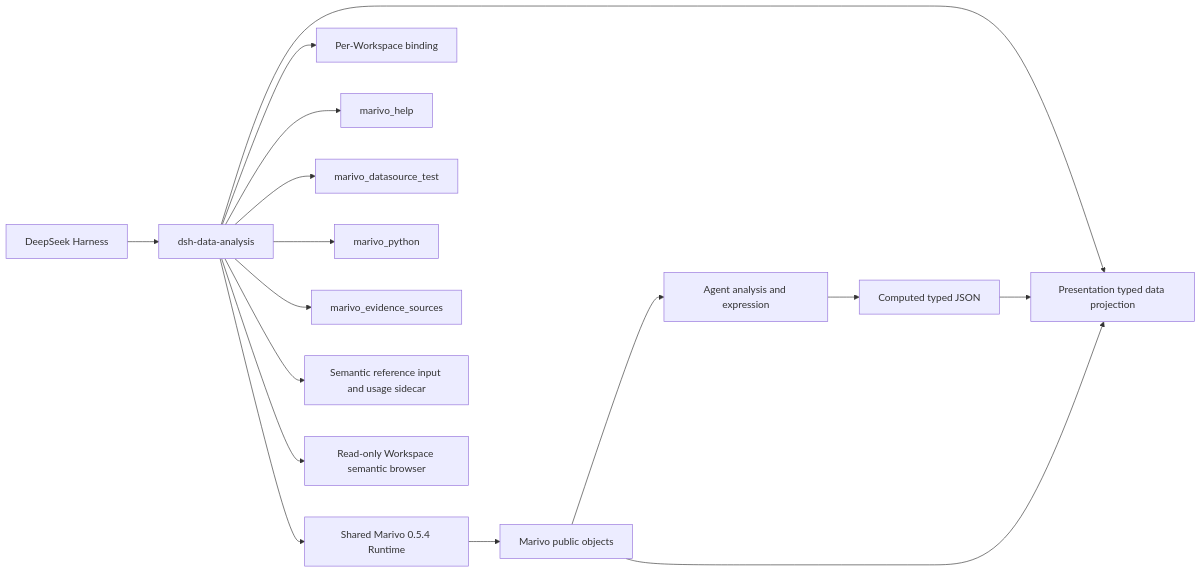
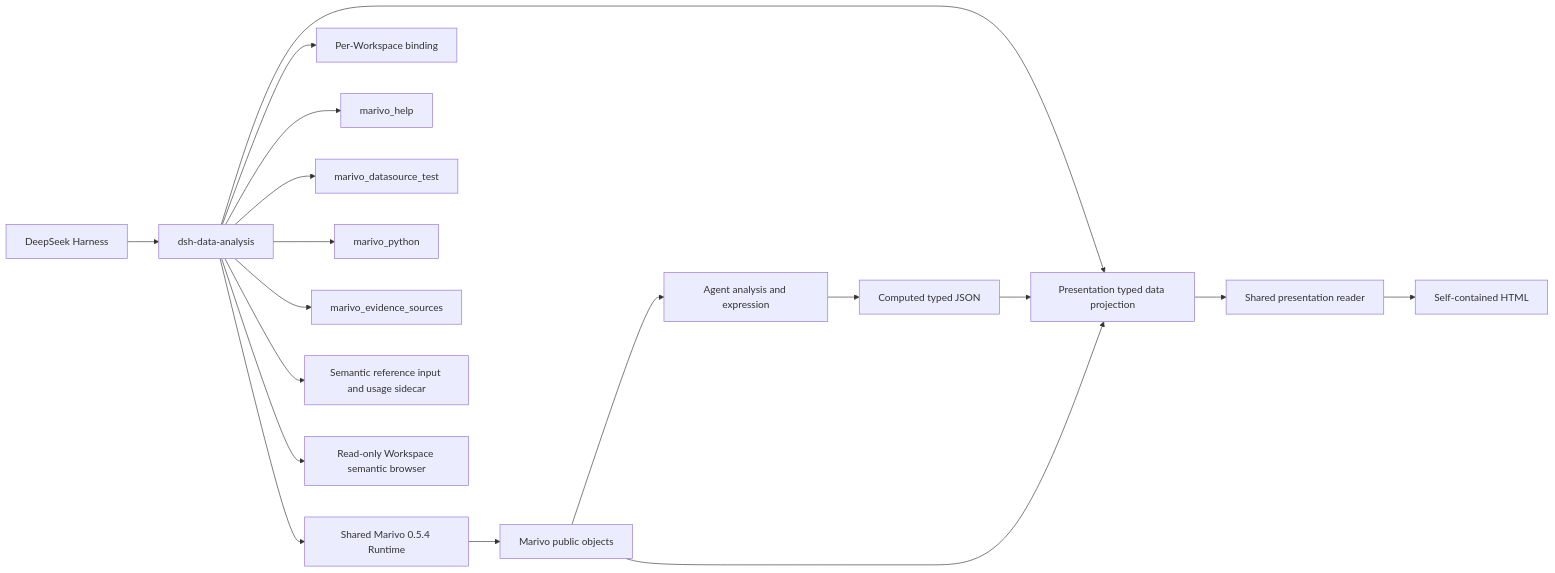
Before and after one commit to chengxianglibra/dsh-data-analysis: the diagram in docs/architecture.md, drawn with Mermaid. The commit also changed other lines of this file and 32 other files, not shown here.

First line of the commit message:
feat: implement S3 shared presentation reader and offline HTML

````diff
--- a/docs/architecture.md
+++ b/docs/architecture.md
@@ -13,18 +14,20 @@
 ```mermaid
 flowchart LR
   D[DeepSeek Harness] --> P[dsh-data-analysis]
   P --> R[Shared Marivo 0.5.4 Runtime]
   P --> W[Per-Workspace binding]
   P --> H[marivo_help]
   P --> T[marivo_datasource_test]
   P --> Y[marivo_python]
   P --> E[marivo_evidence_sources]
   P --> S[Semantic reference input and usage sidecar]
   P --> B[Read-only Workspace semantic browser]
   P --> J[Presentation typed data projection]
   R --> M[Marivo public objects]
   M --> A[Agent analysis and expression]
   A --> C[Computed typed JSON]
   C --> J
   M --> J
+  J --> V[Shared presentation reader]
+  V --> O[Self-contained HTML]
 ```
````
